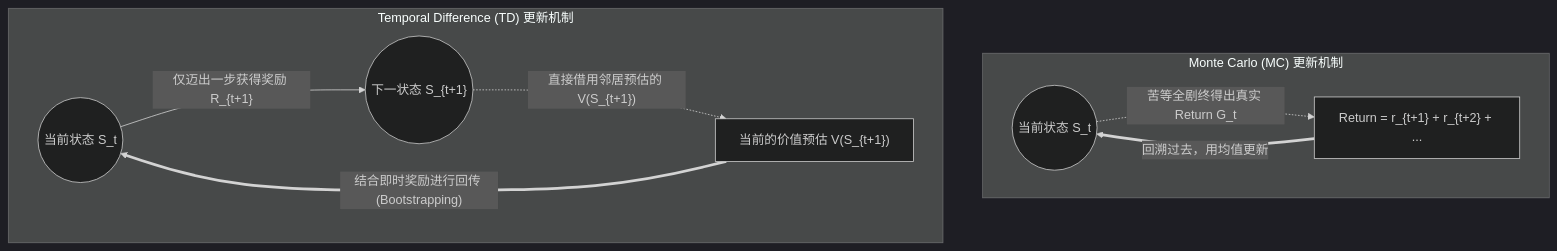
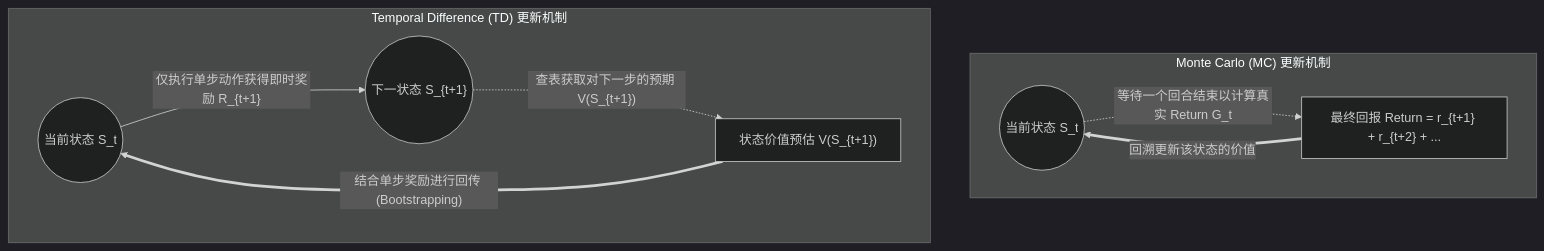
The first of 2 diagrams in _posts/2026-04-07-mc-vs-td-summary.md (justahorsem/justahorsem.github.io), drawn with Mermaid (dark theme) before and after one commit. The commit also changed other lines of this file, not shown here.

````diff
--- a/_posts/2026-04-07-mc-vs-td-summary.md
+++ b/_posts/2026-04-07-mc-vs-td-summary.md
@@ -39,13 +37,13 @@
 ```mermaid
 graph TD
     subgraph "Monte Carlo (MC) 更新机制"
-        MC_S(("当前状态 S_t")) -.->|"苦等全剧终得出真实 Return G_t"| MC_G["Return = r_{t+1} + r_{t+2} + ..."]
-        MC_G ==>|"回溯过去，用均值更新"| MC_S
+        MC_S(("当前状态 S_t")) -.->|"等待一个回合结束以计算真实 Return G_t"| MC_G["最终回报 Return = r_{t+1} + r_{t+2} + ..."]
+        MC_G ==>|"回溯更新该状态的价值"| MC_S
     end
     
     subgraph "Temporal Difference (TD) 更新机制"
-        TD_S(("当前状态 S_t")) -->|"仅迈出一步获得奖励 R_{t+1}"| TD_S_NEXT(("下一状态 S_{t+1}"))
-        TD_S_NEXT -.->|"直接借用邻居预估的 V(S_{t+1})"| TD_V_NEXT["当前的价值预估 V(S_{t+1})"]
-        TD_V_NEXT ==>|"结合即时奖励进行回传 (Bootstrapping)"| TD_S
+        TD_S(("当前状态 S_t")) -->|"仅执行单步动作获得即时奖励 R_{t+1}"| TD_S_NEXT(("下一状态 S_{t+1}"))
+        TD_S_NEXT -.->|"查表获取对下一步的预期 V(S_{t+1})"| TD_V_NEXT["状态价值预估 V(S_{t+1})"]
+        TD_V_NEXT ==>|"结合单步奖励进行回传 (Bootstrapping)"| TD_S
     end
 ```
````
